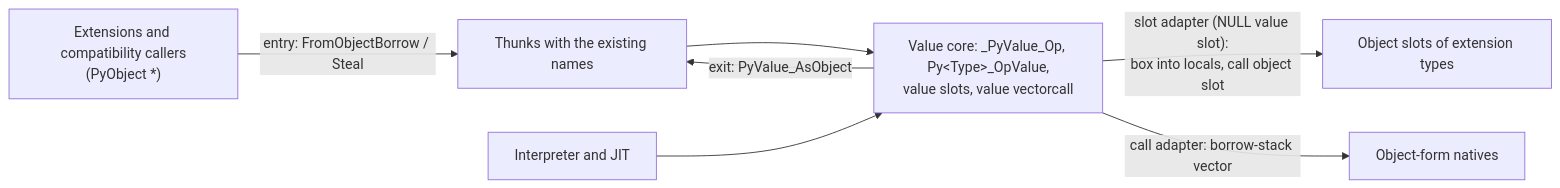
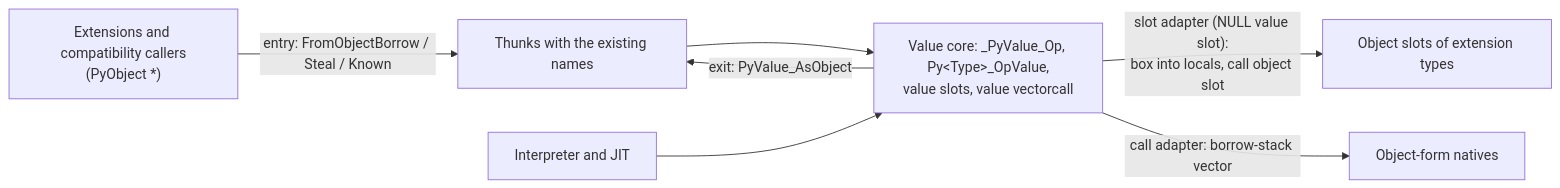
Before and after one commit to rjpower/cpython: the first of 2 diagrams in pyjit/design/value-api.md, drawn with Mermaid. The commit also changed other lines of this file and 1 other file, not shown here.

````diff
--- a/pyjit/design/value-api.md
+++ b/pyjit/design/value-api.md
@@ -141,9 +133,9 @@
 ```mermaid
 flowchart LR
-    X["Extensions and compatibility callers<br/>(PyObject *)"] -->|"entry: FromObjectBorrow / Steal"| T["Thunks with the existing names"]
+    X["Extensions and compatibility callers<br/>(PyObject *)"] -->|"entry: FromObjectBorrow / Steal / Known"| T["Thunks with the existing names"]
     T --> V["Value core: _PyValue_Op, Py&lt;Type&gt;_OpValue,<br/>value slots, value vectorcall"]
     V -->|"exit: PyValue_AsObject"| T
     I["Interpreter and JIT"] --> V
     V -->|"slot adapter (NULL value slot):<br/>box into locals, call object slot"| E["Object slots of extension types"]
     V -->|"call adapter: borrow-stack vector"| N["Object-form natives"]
 ```
````
